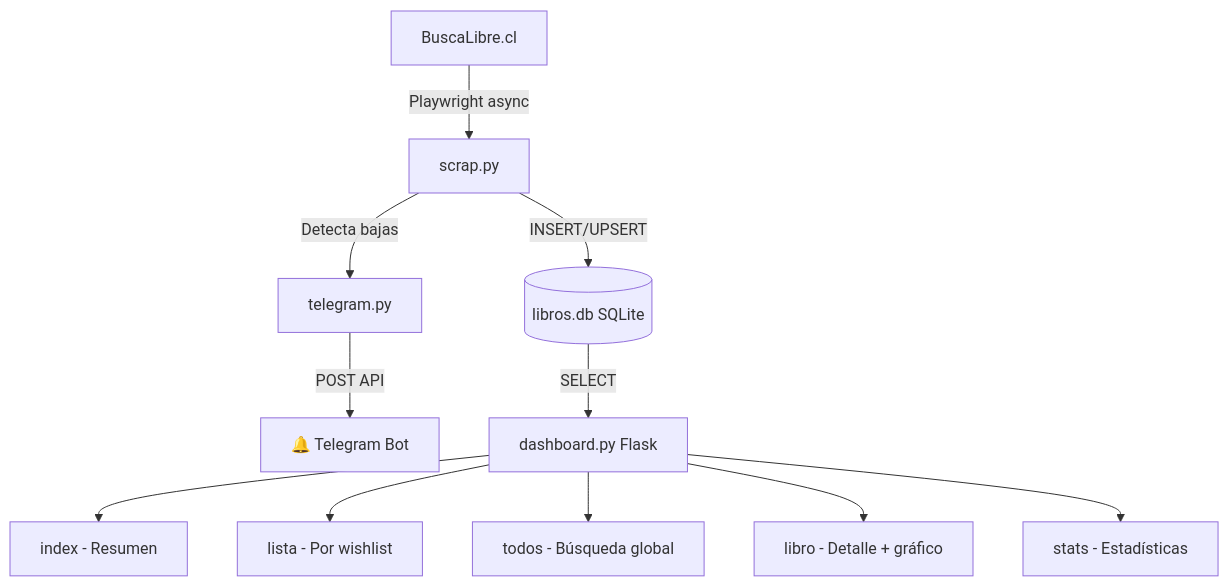
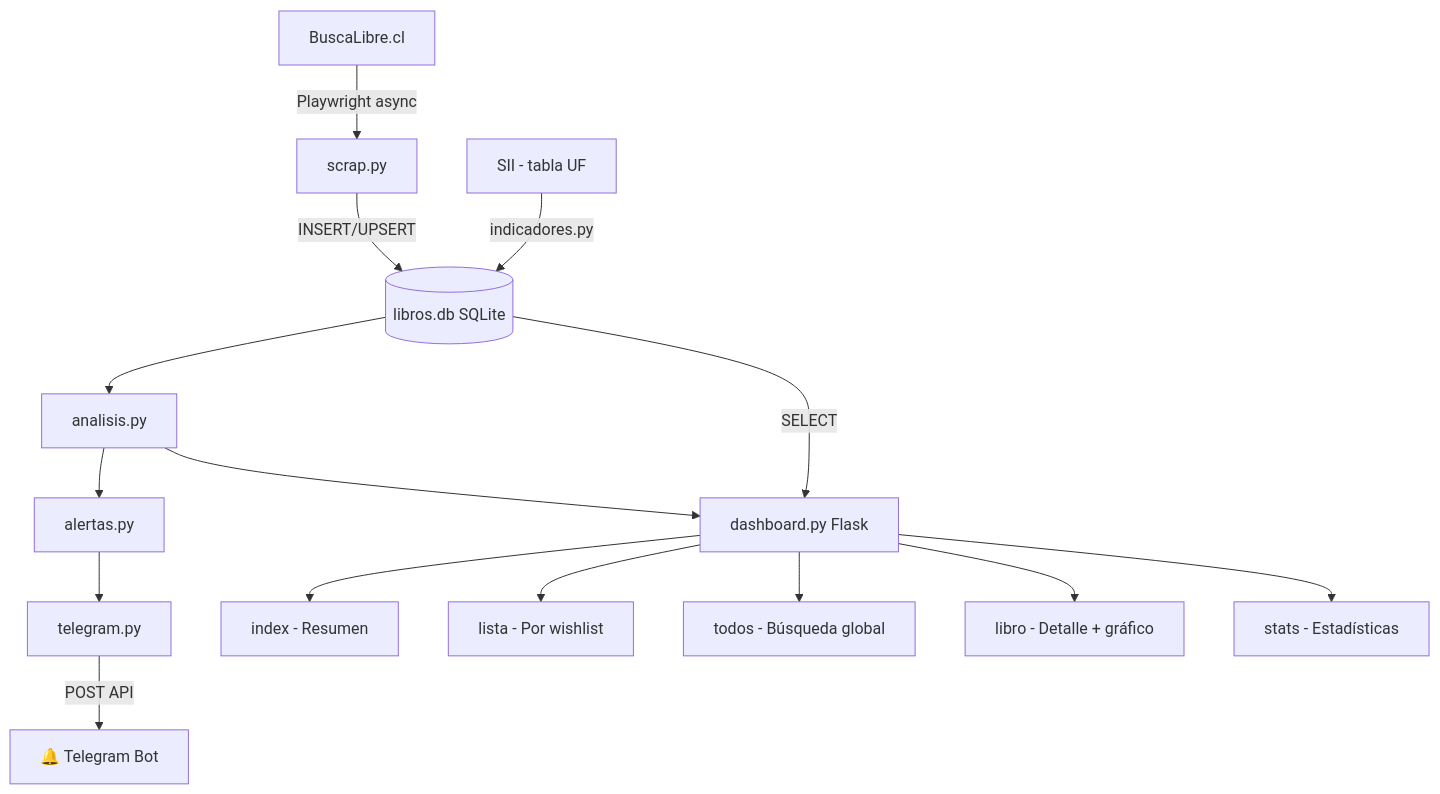
The diagram in README.md (maetenco/books-scraper), drawn with Mermaid before and after one commit. The commit also changed other lines of this file, not shown here.

First line of the commit message:
docs(readme): analisis de rebajas, alertas sin ruido, migraciones y nuevos comandos

````diff
--- a/README.md
+++ b/README.md
@@ -136,13 +155,17 @@
 ```mermaid
 graph TD
     A[BuscaLibre.cl] -->|Playwright async| B[scrap.py]
     B -->|INSERT/UPSERT| C[(libros.db SQLite)]
-    B -->|Detecta bajas| D[telegram.py]
+    S[SII - tabla UF] -->|indicadores.py| C
+    C --> AN[analisis.py]
+    AN --> AL[alertas.py]
+    AL --> D[telegram.py]
     D -->|POST API| E[🔔 Telegram Bot]
-    C -->|SELECT| F[dashboard.py Flask]
+    AN --> F[dashboard.py Flask]
+    C -->|SELECT| F
     F --> G[index - Resumen]
     F --> H[lista - Por wishlist]
     F --> I[todos - Búsqueda global]
     F --> J[libro - Detalle + gráfico]
     F --> K[stats - Estadísticas]
 ```
````
